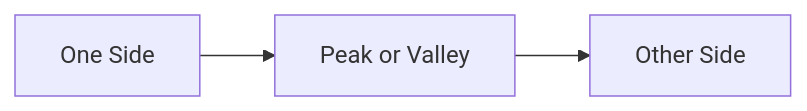
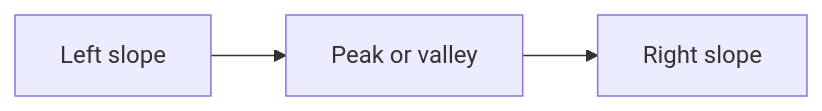
Before and after one commit to mthaiseer/springcloud-systemdesign-notes: the ninth of 24 diagrams in CP_DSA_NOTES/CONCEPT_FRAMEWORK_FORMS_TATICS/binary_search_playbook.md, drawn with Mermaid. The commit also changed other lines of this file, not shown here.

````diff
--- a/CP_DSA_NOTES/CONCEPT_FRAMEWORK_FORMS_TATICS/binary_search_playbook.md
+++ b/CP_DSA_NOTES/CONCEPT_FRAMEWORK_FORMS_TATICS/binary_search_playbook.md
@@ -195,5 +325,5 @@
 ```mermaid
 flowchart LR
-    A["One Side"] --> B["Peak or Valley"]
-    B --> C["Other Side"]
+    A["Left slope"] --> B["Peak or valley"]
+    B --> C["Right slope"]
 ```
````
